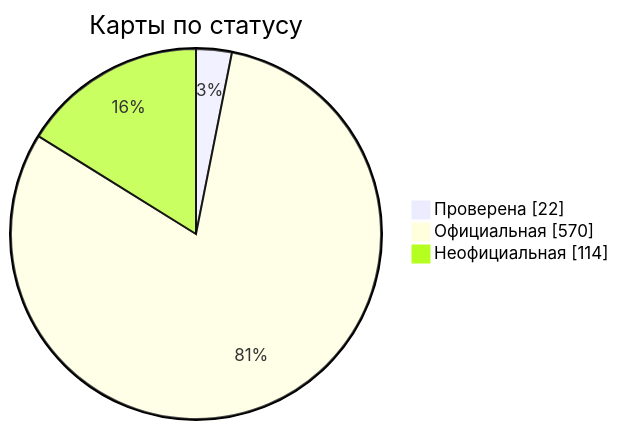
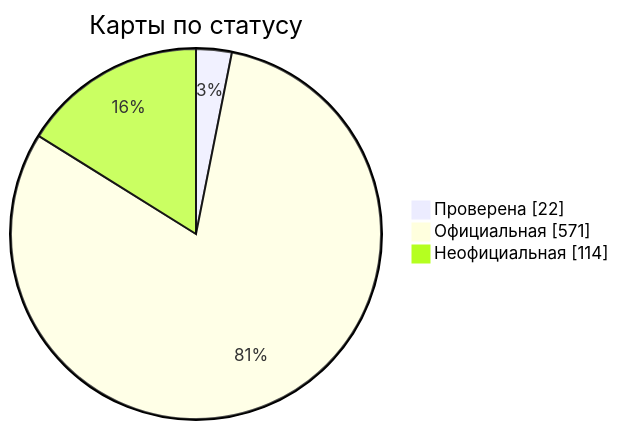
Before and after one commit to nobrega8/mbmap-library: the diagram in docs/readme/README_RU.md, drawn with Mermaid. The commit also changed 6 other files, not shown here.

````diff
--- a/docs/readme/README_RU.md
+++ b/docs/readme/README_RU.md
@@ -54,7 +54,7 @@
 ```mermaid
 pie showData
     title Карты по статусу
     "Проверена" : 22
-    "Официальная" : 570
+    "Официальная" : 571
     "Неофициальная" : 114
 ```
````
